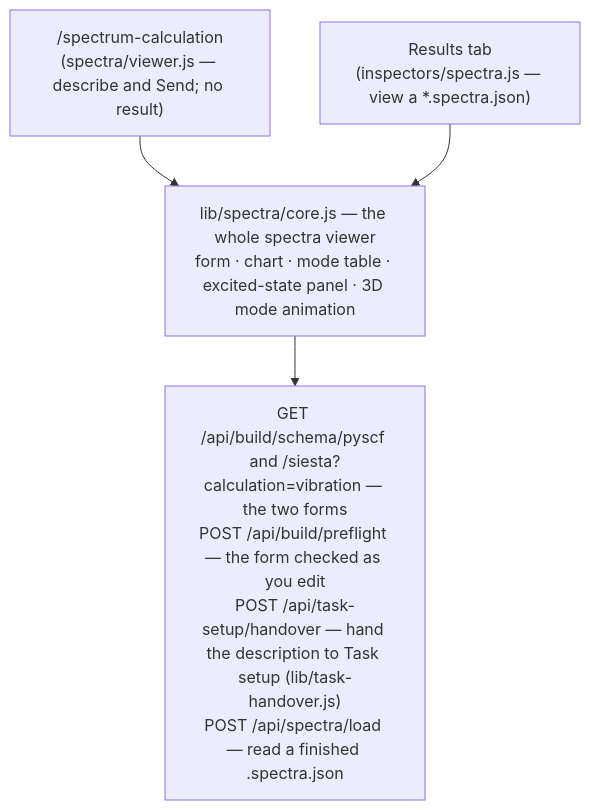
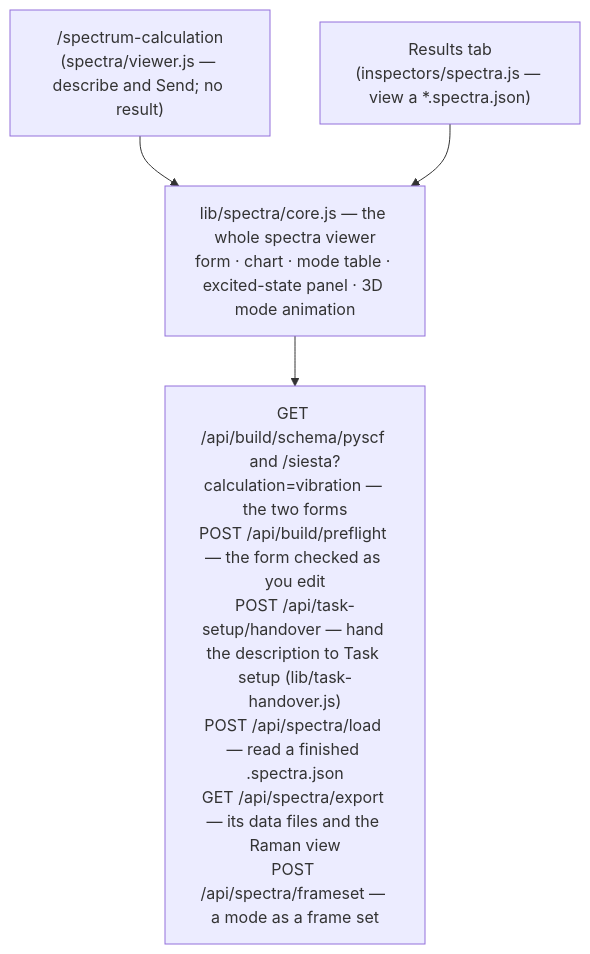
The diagram in docs/web/spectra.md (Qing-LAB/molbuilder), drawn with Mermaid before and after one commit. The commit also changed other lines of this file and 24 other files, not shown here.

````diff
--- a/docs/web/spectra.md
+++ b/docs/web/spectra.md
@@ -56,7 +57,7 @@
 ```mermaid
 flowchart TD
   ENG["lib/spectra/core.js — the whole spectra viewer<br/>form · chart · mode table · excited-state panel · 3D mode animation"]
   TAB["/spectrum-calculation<br/>(spectra/viewer.js — describe and Send; no result)"] --> ENG
   RES["Results tab<br/>(inspectors/spectra.js — view a *.spectra.json)"] --> ENG
-  ENG --> API["GET /api/build/schema/pyscf and /siesta?calculation=vibration — the two forms<br/>POST /api/build/preflight — the form checked as you edit<br/>POST /api/task-setup/handover — hand the description to Task setup (lib/task-handover.js)<br/>POST /api/spectra/load — read a finished .spectra.json"]
+  ENG --> API["GET /api/build/schema/pyscf and /siesta?calculation=vibration — the two forms<br/>POST /api/build/preflight — the form checked as you edit<br/>POST /api/task-setup/handover — hand the description to Task setup (lib/task-handover.js)<br/>POST /api/spectra/load — read a finished .spectra.json<br/>GET /api/spectra/export — its data files and the Raman view<br/>POST /api/spectra/frameset — a mode as a frame set"]
 ```
````
